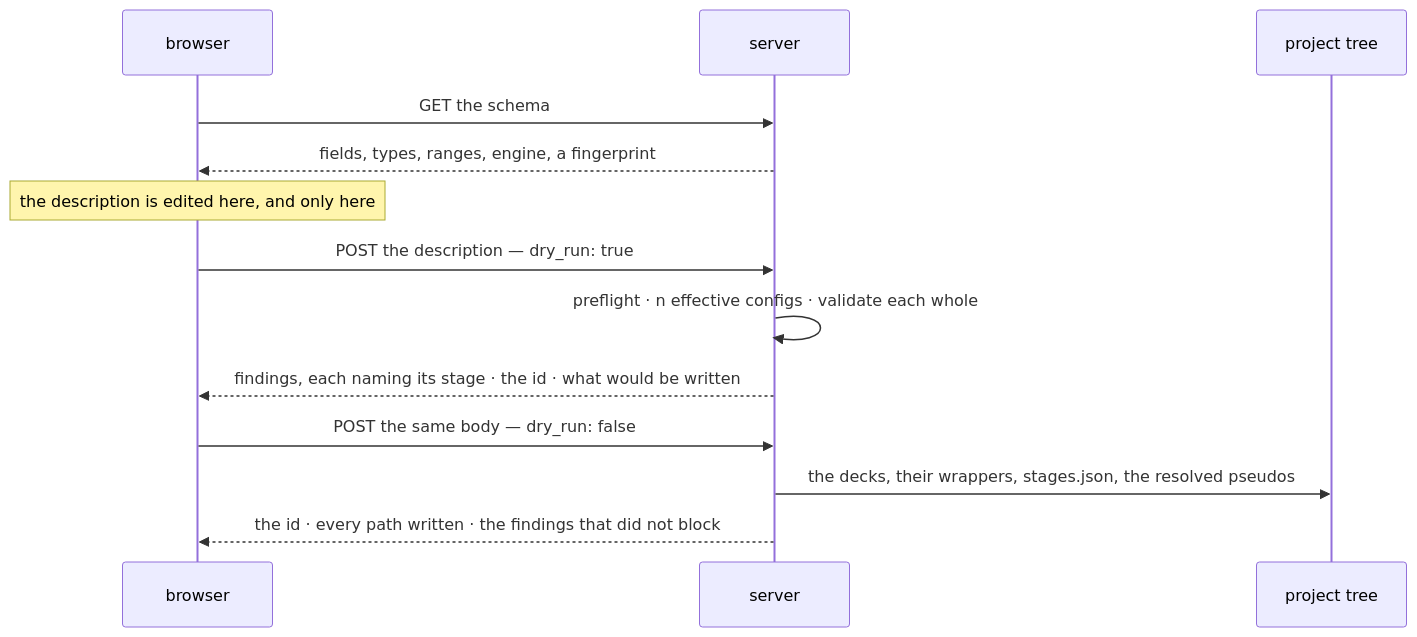
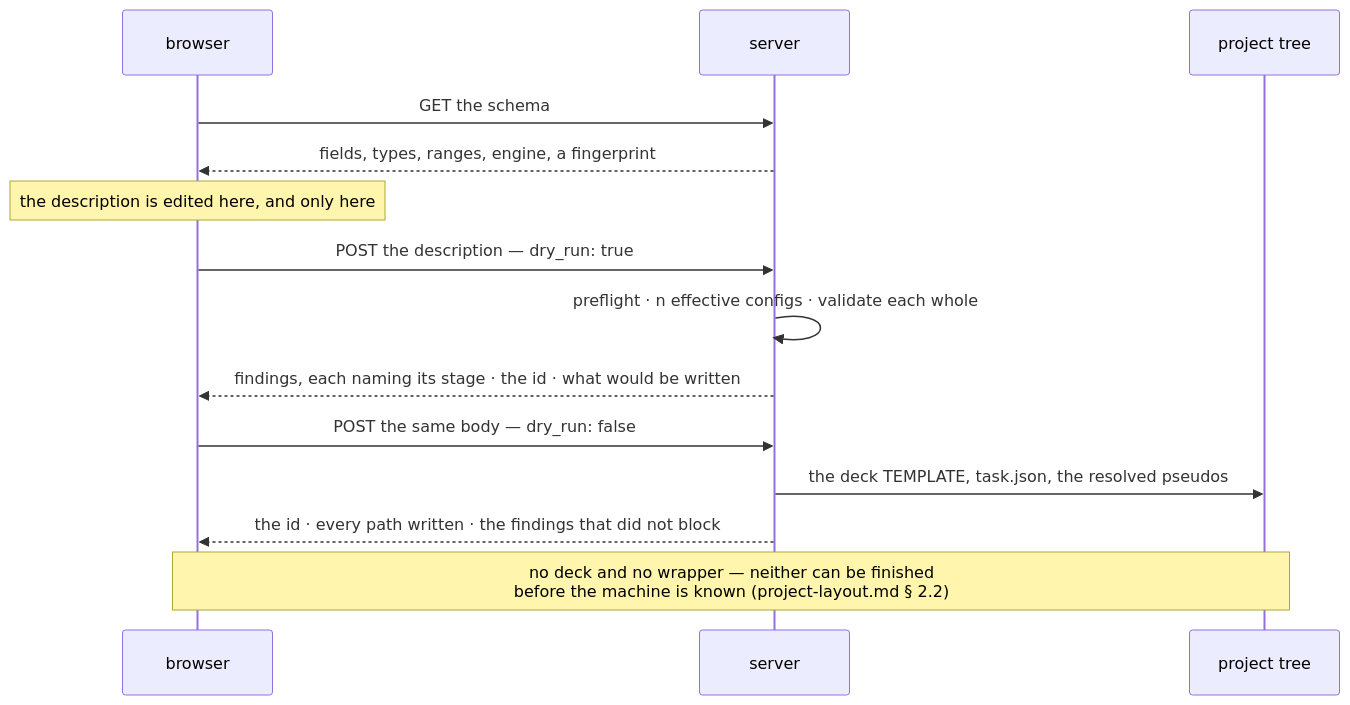
One commit to Qing-LAB/molbuilder changed the second of 2 diagrams in docs/web/staged-runs-architecture.md. Above: the diagram before and after it, drawn with Mermaid. The commit also changed other lines of this file and 12 other files, not shown here.

````diff
--- a/docs/web/staged-runs-architecture.md
+++ b/docs/web/staged-runs-architecture.md
@@ -251,18 +252,19 @@
 ```mermaid
 sequenceDiagram
     participant B as browser
     participant S as server
     participant T as project tree
 
     B->>S: GET the schema
     S-->>B: fields, types, ranges, engine, a fingerprint
     Note over B: the description is edited here, and only here
 
     B->>S: POST the description — dry_run: true
     S->>S: preflight · n effective configs · validate each whole
     S-->>B: findings, each naming its stage · the id · what would be written
 
     B->>S: POST the same body — dry_run: false
-    S->>T: the decks, their wrappers, stages.json, the resolved pseudos
+    S->>T: the deck TEMPLATE, task.json, the resolved pseudos
     S-->>B: the id · every path written · the findings that did not block
+    Note over B,T: no deck and no wrapper — neither can be finished<br/>before the machine is known (project-layout.md § 2.2)
 ```
````
